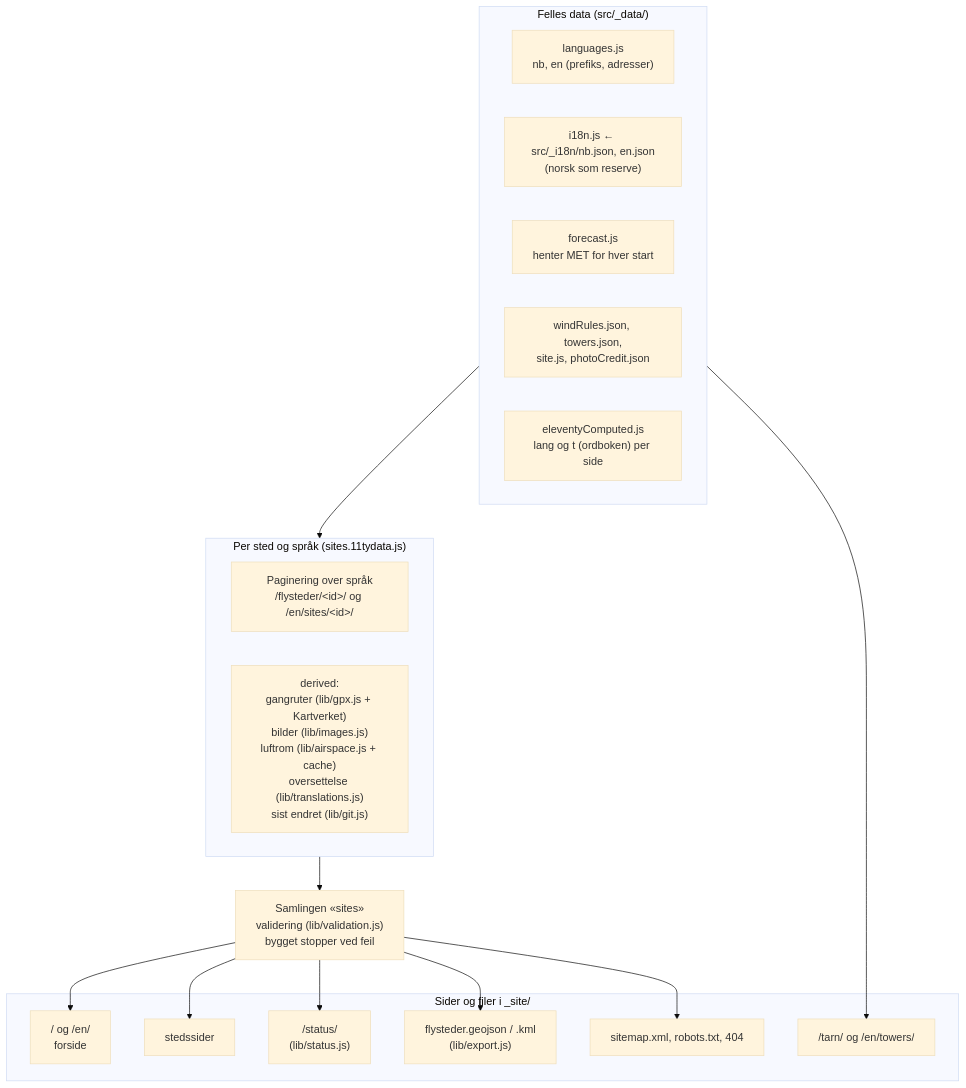
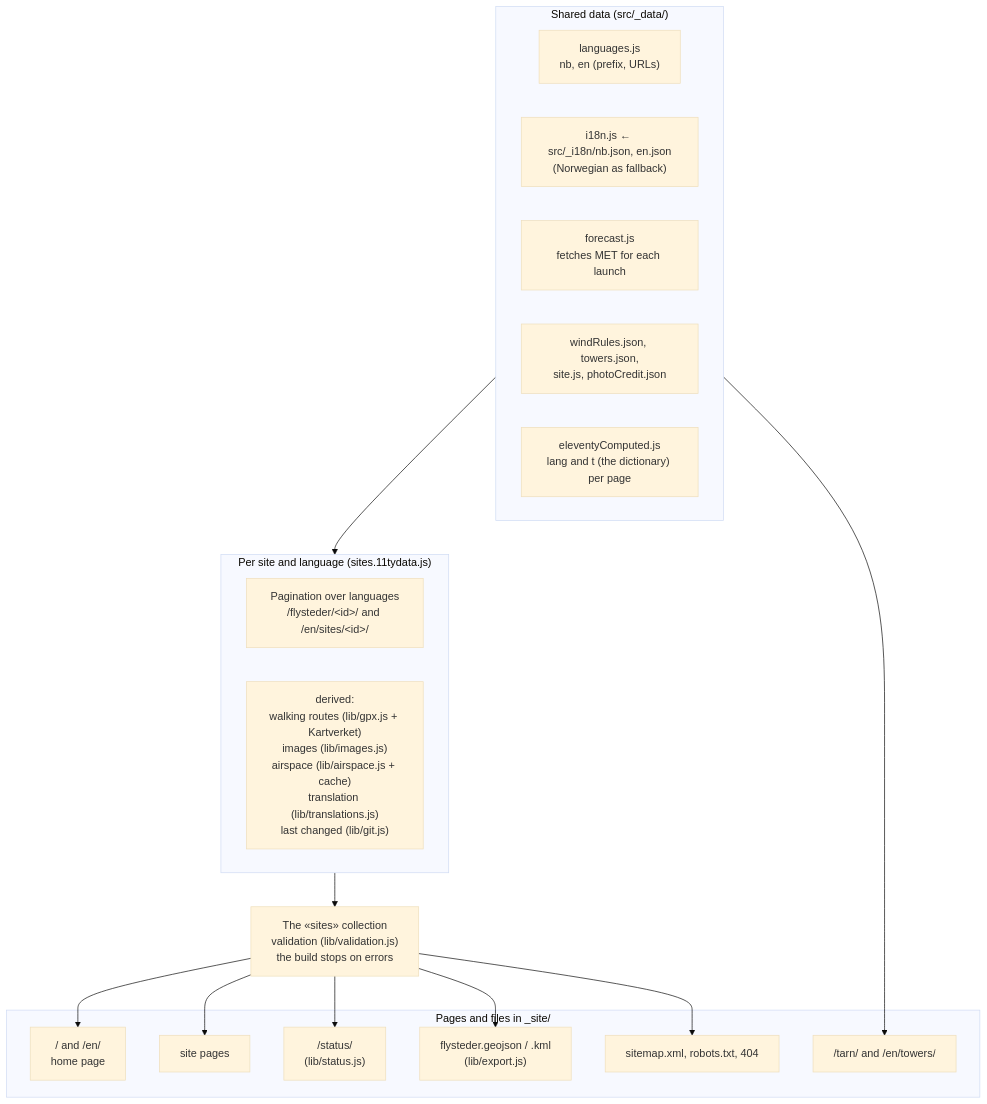
Before and after one commit to hpgt-com/flying-sites: the second of 6 diagrams in docs/architecture.md, drawn with Mermaid (base theme). The commit also changed other lines of this file and 7 other files, not shown here.

````diff
--- a/docs/architecture.md
+++ b/docs/architecture.md
@@ -66,30 +66,30 @@
 ```mermaid
 flowchart TB
-  subgraph global["Felles data (src/_data/)"]
-    lang["languages.js<br/>nb, en (prefiks, adresser)"]
-    i18n["i18n.js ← src/_i18n/nb.json, en.json<br/>(norsk som reserve)"]
-    fc["forecast.js<br/>henter MET for hver start"]
+  subgraph global["Shared data (src/_data/)"]
+    lang["languages.js<br/>nb, en (prefix, URLs)"]
+    i18n["i18n.js ← src/_i18n/nb.json, en.json<br/>(Norwegian as fallback)"]
+    fc["forecast.js<br/>fetches MET for each launch"]
     rules["windRules.json, towers.json,<br/>site.js, photoCredit.json"]
-    comp["eleventyComputed.js<br/>lang og t (ordboken) per side"]
+    comp["eleventyComputed.js<br/>lang and t (the dictionary) per page"]
   end
 
-  subgraph site["Per sted og språk (sites.11tydata.js)"]
-    pag["Paginering over språk<br/>/flysteder/&lt;id&gt;/ og /en/sites/&lt;id&gt;/"]
-    derived["derived:<br/>gangruter (lib/gpx.js + Kartverket)<br/>bilder (lib/images.js)<br/>luftrom (lib/airspace.js + cache)<br/>oversettelse (lib/translations.js)<br/>sist endret (lib/git.js)"]
+  subgraph site["Per site and language (sites.11tydata.js)"]
+    pag["Pagination over languages<br/>/flysteder/&lt;id&gt;/ and /en/sites/&lt;id&gt;/"]
+    derived["derived:<br/>walking routes (lib/gpx.js + Kartverket)<br/>images (lib/images.js)<br/>airspace (lib/airspace.js + cache)<br/>translation (lib/translations.js)<br/>last changed (lib/git.js)"]
   end
 
-  valid["Samlingen «sites»<br/>validering (lib/validation.js)<br/>bygget stopper ved feil"]
+  valid["The «sites» collection<br/>validation (lib/validation.js)<br/>the build stops on errors"]
 
-  subgraph out["Sider og filer i _site/"]
-    home["/ og /en/<br/>forside"]
-    sitepg["stedssider"]
-    towers["/tarn/ og /en/towers/"]
+  subgraph out["Pages and files in _site/"]
+    home["/ and /en/<br/>home page"]
+    sitepg["site pages"]
+    towers["/tarn/ and /en/towers/"]
     status["/status/<br/>(lib/status.js)"]
     exp["flysteder.geojson / .kml<br/>(lib/export.js)"]
     seo["sitemap.xml, robots.txt, 404"]
   end
 
   global --> site --> valid
   valid --> home & sitepg & status & exp & seo
   global --> towers
 ```
````
